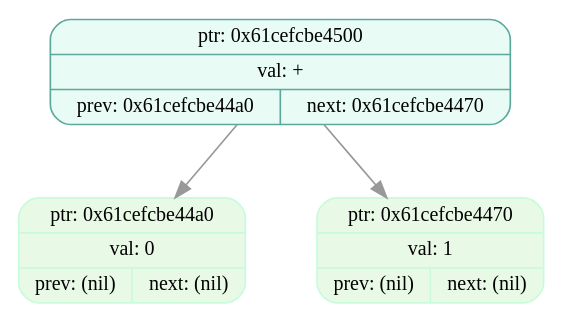
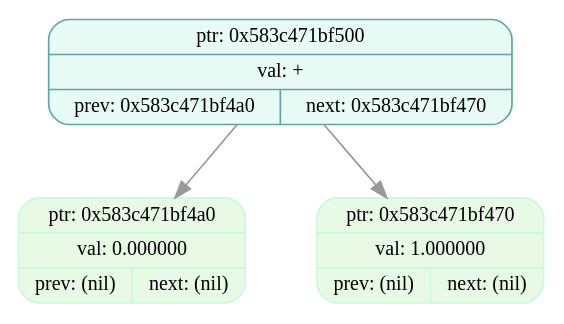
One commit to EvilTomato9890/Difference changed the diagram in dumps/tree_dump_007.dot. Above: the diagram before and after it, drawn with Graphviz. The commit also changed 36 other files, not shown here.

```diff
--- a/dumps/tree_dump_007.dot
+++ b/dumps/tree_dump_007.dot
@@ -1,9 +1,9 @@
 digraph T{
   node [fontname="Fira Mono",shape=record,style="filled,rounded",fontsize=12];
   graph [splines=true, nodesep=0.6, ranksep=0.6];
-  node_0x61cefcbe4500[shape=record,label="{ {ptr: 0x61cefcbe4500} | {val: +} | { prev: 0x61cefcbe44a0 | next: 0x61cefcbe4470 } }",color="#5aa99b",fillcolor="#e9fbf5"];
-  node_0x61cefcbe44a0[shape=record,label="{ {ptr: 0x61cefcbe44a0} | {val: 0} | { prev: (nil) | next: (nil) } }",color="#c9fbdbff",fillcolor="#e8f9e5ff"];
-  node_0x61cefcbe4470[shape=record,label="{ {ptr: 0x61cefcbe4470} | {val: 1} | { prev: (nil) | next: (nil) } }",color="#c9fbdbff",fillcolor="#e8f9e5ff"];
-  node_0x61cefcbe4500 -> node_0x61cefcbe44a0 [color="#999999"];
-  node_0x61cefcbe4500 -> node_0x61cefcbe4470 [color="#999999"];
+  node_0x583c471bf500[shape=record,label="{ {ptr: 0x583c471bf500} | {val: +} | { prev: 0x583c471bf4a0 | next: 0x583c471bf470 } }",color="#5aa99b",fillcolor="#e9fbf5"];
+  node_0x583c471bf4a0[shape=record,label="{ {ptr: 0x583c471bf4a0} | {val: 0.000000} | { prev: (nil) | next: (nil) } }",color="#c9fbdbff",fillcolor="#e8f9e5ff"];
+  node_0x583c471bf470[shape=record,label="{ {ptr: 0x583c471bf470} | {val: 1.000000} | { prev: (nil) | next: (nil) } }",color="#c9fbdbff",fillcolor="#e8f9e5ff"];
+  node_0x583c471bf500 -> node_0x583c471bf4a0 [color="#999999"];
+  node_0x583c471bf500 -> node_0x583c471bf470 [color="#999999"];
 }
```
